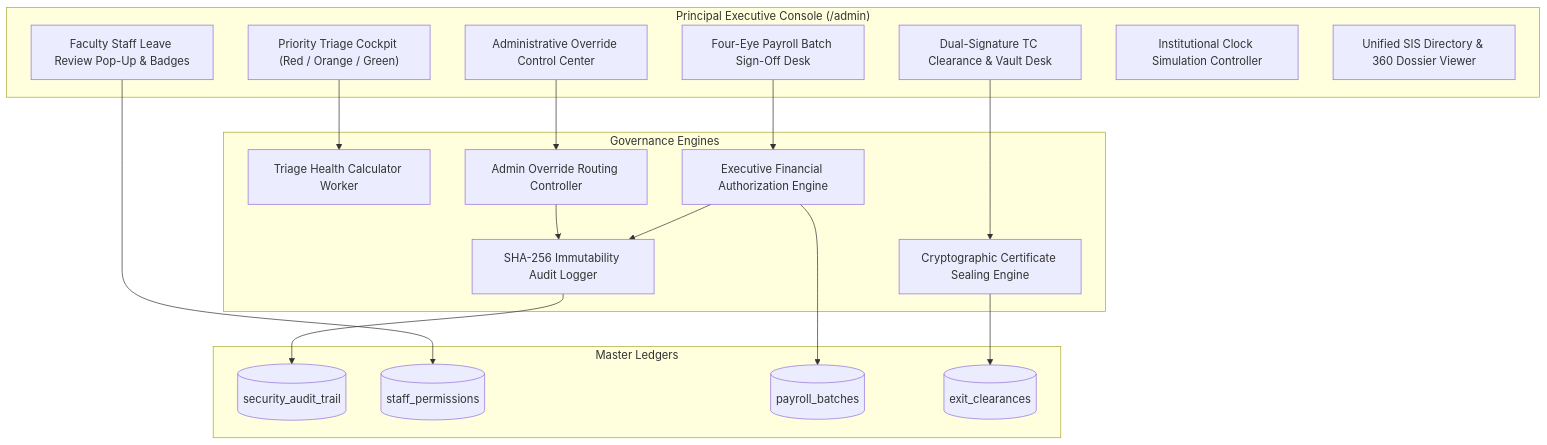
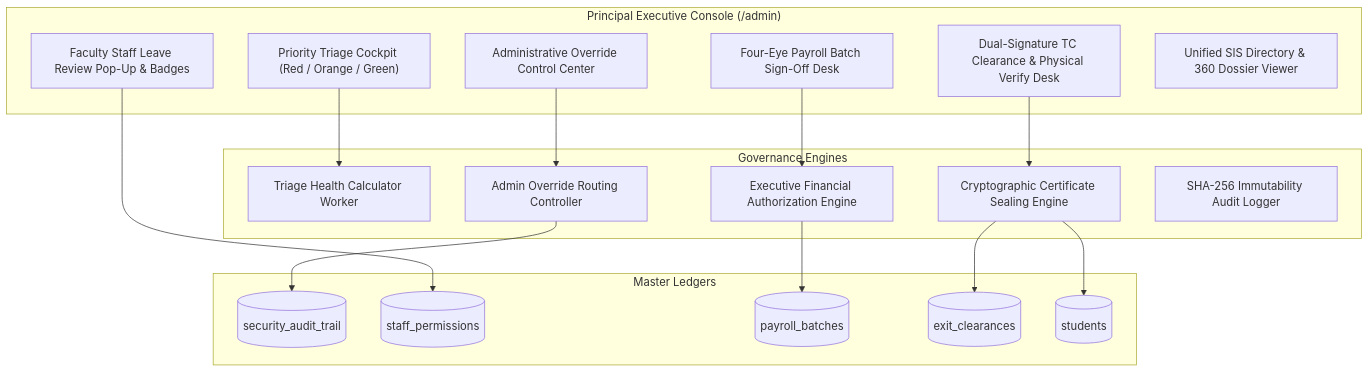
One commit to DiradzProducts/EDU360 changed the tenth of 20 diagrams in docs/architecture/ROLE_WISE_ARCHITECTURE_AND_WORKFLOWS.md. Above: the diagram before and after it, drawn with Mermaid. The commit also changed other lines of this file and 54 other files, not shown here.

Commit message:
feat(core): synchronize cross-role workflows, dynamic surveillance, and v10.0 architecture

````diff
--- a/docs/architecture/ROLE_WISE_ARCHITECTURE_AND_WORKFLOWS.md
+++ b/docs/architecture/ROLE_WISE_ARCHITECTURE_AND_WORKFLOWS.md
@@ -400,34 +454,33 @@
 ```mermaid
 graph TD
     subgraph AdminConsole ["Principal Executive Console (/admin)"]
         UI_TRIAGE["Priority Triage Cockpit (Red / Orange / Green)"]
         UI_OVERRIDE_PANEL["Administrative Override Control Center"]
         UI_LEAVE_WIDGET["Faculty Staff Leave Review Pop-Up & Badges"]
         UI_PAYROLL_AUTH["Four-Eye Payroll Batch Sign-Off Desk"]
-        UI_TC_VAULT["Dual-Signature TC Clearance & Vault Desk"]
-        UI_CLOCK_SIM["Institutional Clock Simulation Controller"]
+        UI_TC_VAULT["Dual-Signature TC Clearance & Physical Verify Desk"]
         UI_SIS_DIR["Unified SIS Directory & 360 Dossier Viewer"]
     end
 
     subgraph AdminEngines ["Governance Engines"]
         TRIAGE_CALC["Triage Health Calculator Worker"]
         OVERRIDE_EXEC["Admin Override Routing Controller"]
         PAYROLL_SIGNER["Executive Financial Authorization Engine"]
         SEAL_SERVICE["Cryptographic Certificate Sealing Engine"]
         AUDIT_LOGGER["SHA-256 Immutability Audit Logger"]
     end
 
     subgraph AdminLedgers ["Master Ledgers"]
         DB_AUDIT[("security_audit_trail")]
         DB_STAFF_LEAVES[("staff_permissions")]
         DB_PAYROLL[("payroll_batches")]
         DB_CLEARANCE[("exit_clearances")]
+        DB_STUDENTS[("students")]
     end
 
     UI_TRIAGE --> TRIAGE_CALC
-    UI_OVERRIDE_PANEL --> OVERRIDE_EXEC --> AUDIT_LOGGER --> DB_AUDIT
+    UI_OVERRIDE_PANEL --> OVERRIDE_EXEC --> DB_AUDIT
     UI_LEAVE_WIDGET --> DB_STAFF_LEAVES
     UI_PAYROLL_AUTH --> PAYROLL_SIGNER --> DB_PAYROLL
-    PAYROLL_SIGNER --> AUDIT_LOGGER
-    UI_TC_VAULT --> SEAL_SERVICE --> DB_CLEARANCE
+    UI_TC_VAULT --> SEAL_SERVICE --> DB_CLEARANCE & DB_STUDENTS
 ```
````
